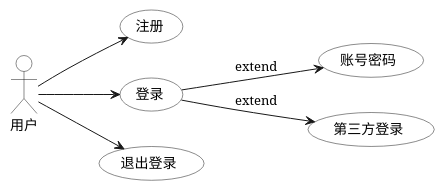
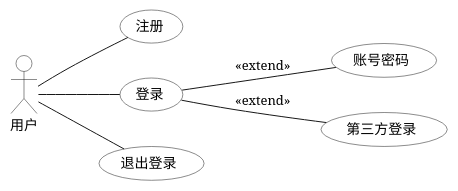
One commit to hitzaki/biz-center changed the diagram in a-uml/用例图/认证授权-用户.puml. Above: the diagram before and after it, drawn with PlantUML. The commit also changed 32 other files, not shown here.

```diff
--- a/a-uml/用例图/认证授权-用户.puml
+++ b/a-uml/用例图/认证授权-用户.puml
@@ -1,20 +1,20 @@
 @startuml
 '最近一次更新时间: 2024-05-05
 left to right direction
 
 :用户: as User #white
 
 (注册) as (Use1) #white
 (登录) as (Use2) #white
   (账号密码) as (Use21) #white
   (第三方登录) as (Use22) #white
 (退出登录) as (Use3) #white
 
-User -down-> (Use1)
-User -down-> (Use2)
-User -down-> (Use3)
-(Use2) --> (Use21):extend
-(Use2) --> (Use22):extend
+User -down- (Use1)
+User -down- (Use2)
+User -down- (Use3)
+(Use2) -- (Use21):<<extend>>
+(Use2) -- (Use22):<<extend>>
 
 
 @enduml
```
